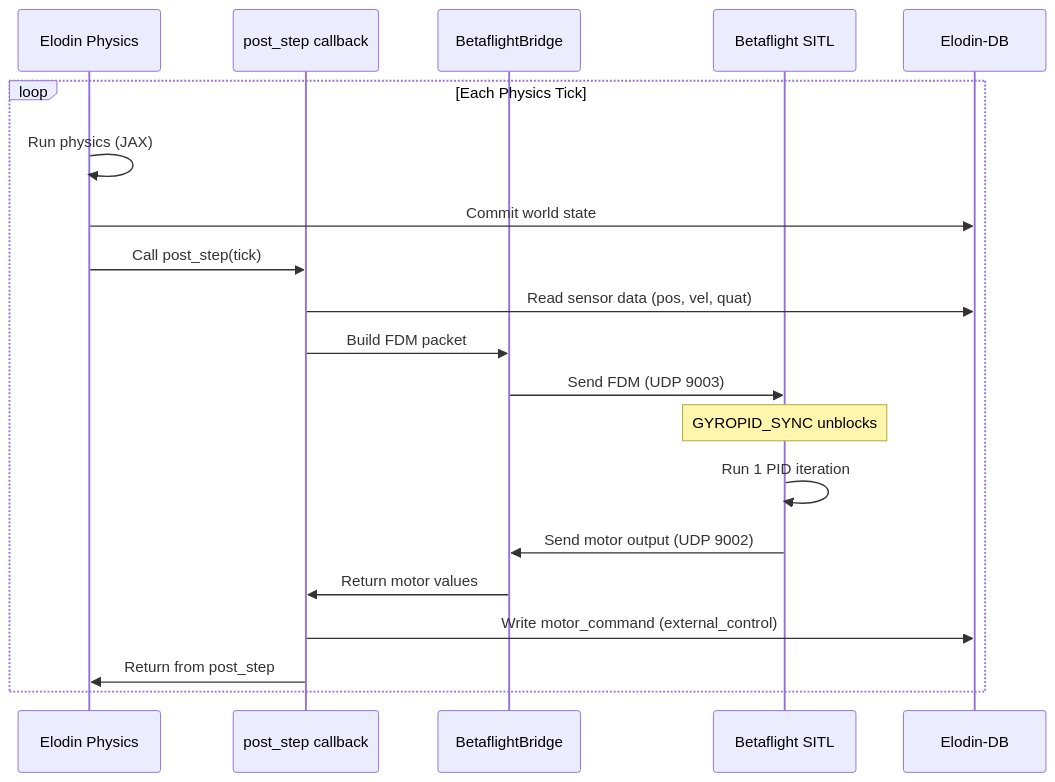
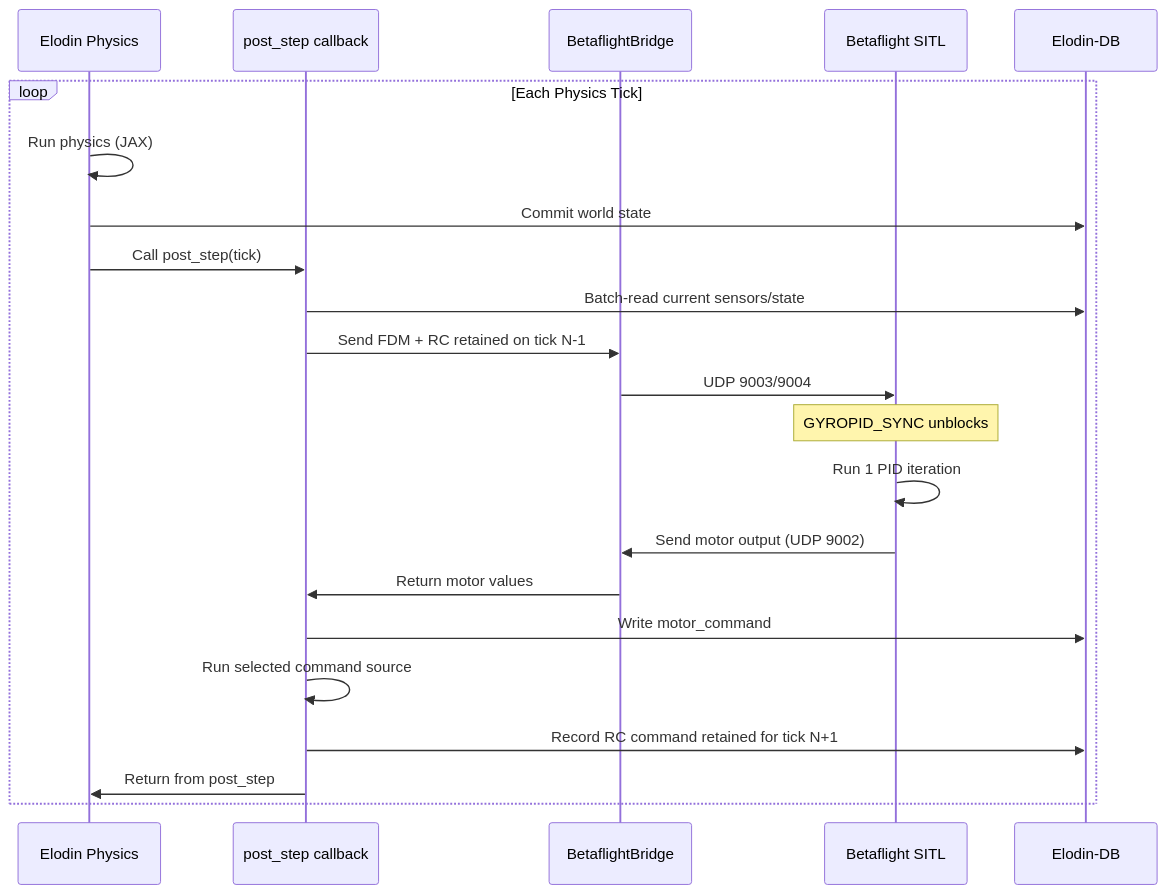
The first of 2 diagrams in examples/betaflight-sitl/README.md (elodin-sys/elodin), drawn with Mermaid before and after one commit. The commit also changed other lines of this file and 14 other files, not shown here.

````diff
--- a/examples/betaflight-sitl/README.md
+++ b/examples/betaflight-sitl/README.md
@@ -348,24 +403,26 @@
 ```mermaid
 sequenceDiagram
     participant Sim as Elodin Physics
     participant PS as post_step callback
     participant Bridge as BetaflightBridge
     participant BF as Betaflight SITL
     participant DB as Elodin-DB
 
     loop Each Physics Tick
         Sim->>Sim: Run physics (JAX)
         Sim->>DB: Commit world state
         Sim->>PS: Call post_step(tick)
-        
-        PS->>DB: Read sensor data (pos, vel, quat)
-        PS->>Bridge: Build FDM packet
-        Bridge->>BF: Send FDM (UDP 9003)
+
+        PS->>DB: Batch-read current sensors/state
+        PS->>Bridge: Send FDM + RC retained on tick N-1
+        Bridge->>BF: UDP 9003/9004
         Note over BF: GYROPID_SYNC unblocks
         BF->>BF: Run 1 PID iteration
         BF->>Bridge: Send motor output (UDP 9002)
         Bridge->>PS: Return motor values
-        PS->>DB: Write motor_command (external_control)
+        PS->>DB: Write motor_command
+        PS->>PS: Run selected command source
+        PS->>DB: Record RC command retained for tick N+1
         PS->>Sim: Return from post_step
     end
 ```
````
